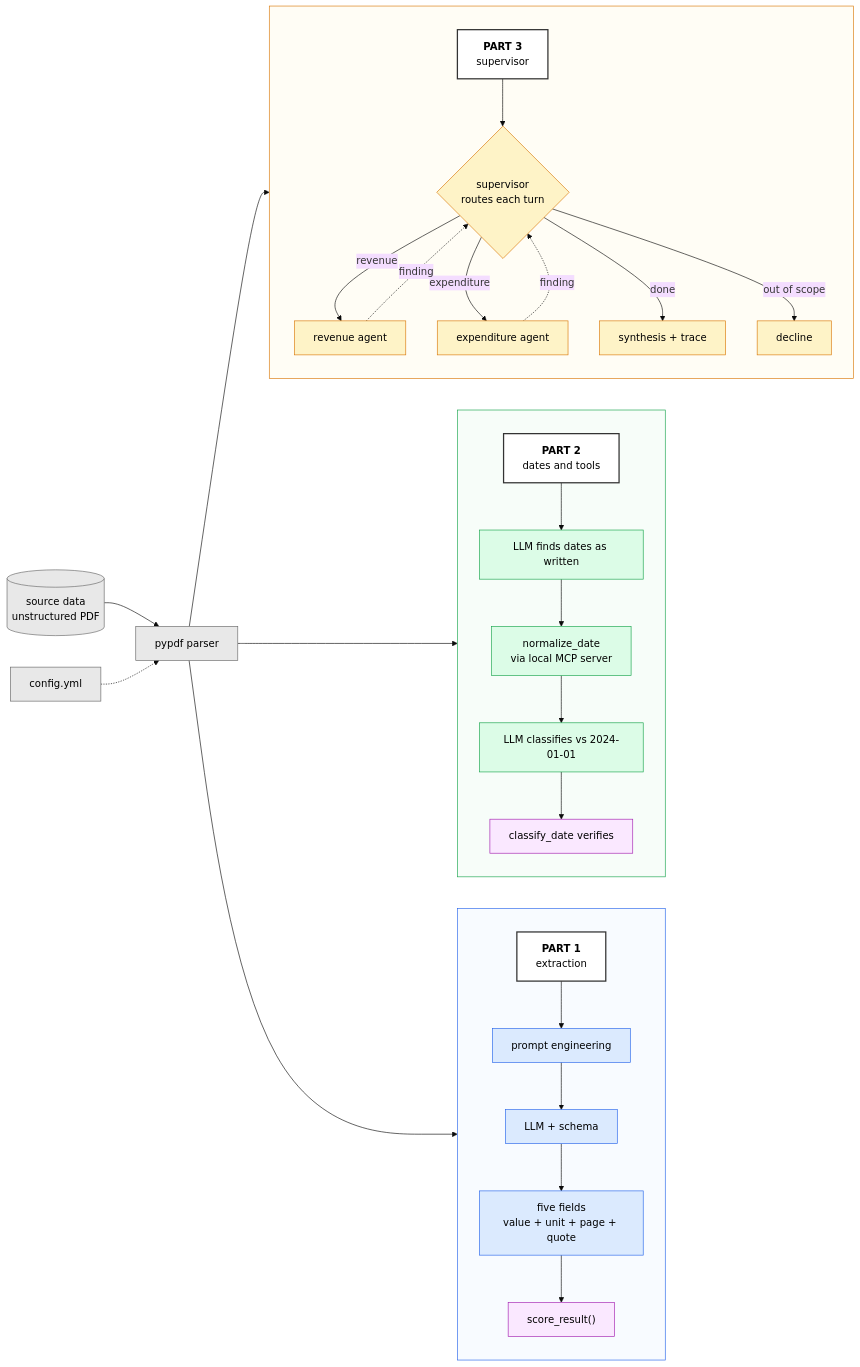
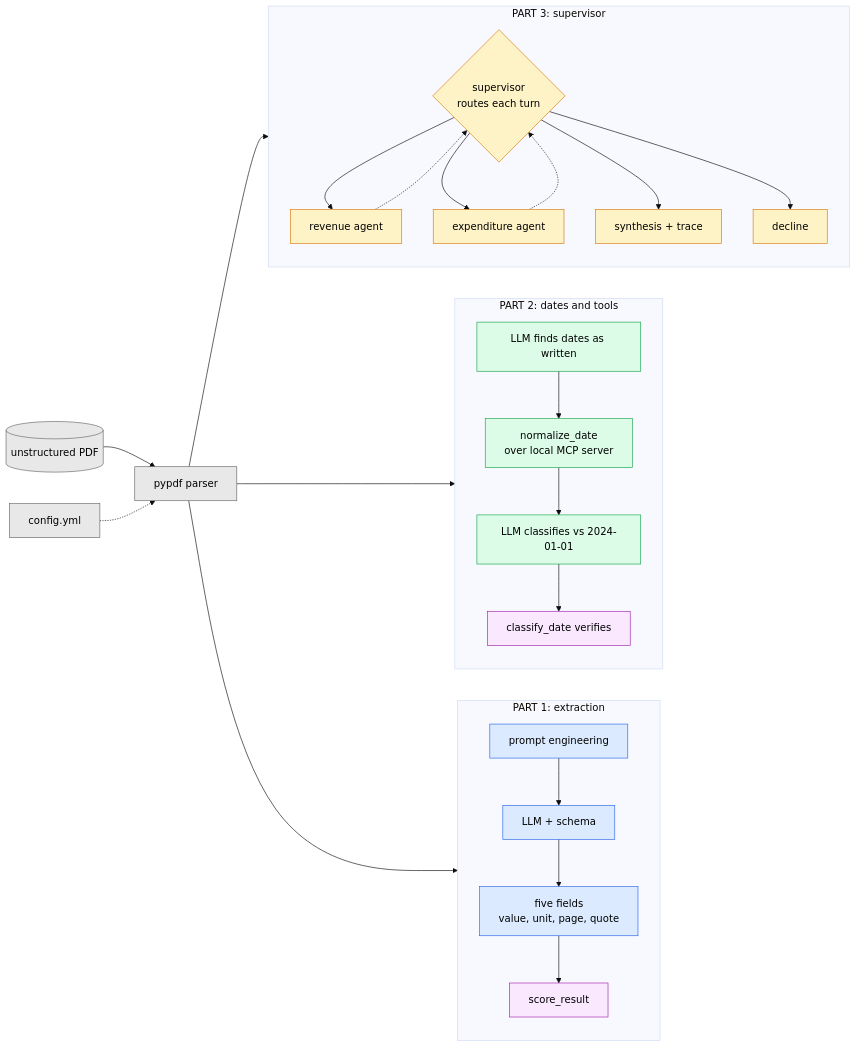
The diagram in README.md (thepetitegirl/structural-extanalyzer), drawn with Mermaid (base theme) before and after one commit. The commit also changed other lines of this file and 21 other files, not shown here.

Commit message:
feat: page resolution, routing fixes, and a labels check for Part 3

````diff
--- a/README.md
+++ b/README.md
@@ -12,58 +26,46 @@
 ```mermaid
 flowchart LR
-    PDF[("source data<br/>unstructured PDF")] --> PARSE["pypdf parser"]
+    PDF[("unstructured PDF")] --> PARSE["pypdf parser"]
+    CFG["config.yml"] -.-> PARSE
 
-    subgraph P1[" "]
+    subgraph PART1["PART 1: extraction"]
         direction TB
-        P1T["<b>PART 1</b><br/>extraction"]
-        P1T --> P1P["prompt engineering"]
-        P1P --> P1L["LLM + schema"]
-        P1L --> P1R["five fields<br/>value + unit + page + quote"]
-        P1R --> P1S["score_result()"]
+        P1P["prompt engineering"] --> P1L["LLM + schema"]
+        P1L --> P1R["five fields<br/>value, unit, page, quote"]
+        P1R --> P1S["score_result"]
     end
 
-    subgraph P2[" "]
+    subgraph PART2["PART 2: dates and tools"]
         direction TB
-        P2T["<b>PART 2</b><br/>dates and tools"]
-        P2T --> P2F["LLM finds dates as written"]
-        P2F --> P2N["normalize_date<br/>via local MCP server"]
+        P2F["LLM finds dates as written"] --> P2N["normalize_date<br/>over local MCP server"]
         P2N --> P2C["LLM classifies vs 2024-01-01"]
         P2C --> P2V["classify_date verifies"]
     end
 
-    subgraph P3[" "]
+    subgraph PART3["PART 3: supervisor"]
         direction TB
-        P3T["<b>PART 3</b><br/>supervisor"]
-        P3T --> P3S{"supervisor<br/>routes each turn"}
-        P3S -->|revenue| P3R["revenue agent"]
-        P3S -->|expenditure| P3E["expenditure agent"]
-        P3R -.->|finding| P3S
-        P3E -.->|finding| P3S
-        P3S -->|done| P3Y["synthesis + trace"]
-        P3S -->|out of scope| P3D["decline"]
+        P3S{"supervisor<br/>routes each turn"}
+        P3S --> P3R["revenue agent"]
+        P3S --> P3E["expenditure agent"]
+        P3R -.-> P3S
+        P3E -.-> P3S
+        P3S --> P3Y["synthesis + trace"]
+        P3S --> P3D["decline"]
     end
 
-    PARSE --> P1T
-    PARSE --> P2T
-    PARSE --> P3T
-
-    CFG["config.yml"] -.-> PARSE
+    PARSE --> P1P
+    PARSE --> P2F
+    PARSE --> P3S
 
     classDef shared fill:#e8e8e8,stroke:#666,color:#000
-    classDef title fill:#ffffff,stroke:#333,stroke-width:2px,color:#000
     classDef part1 fill:#dbeafe,stroke:#2563eb,color:#000
     classDef part2 fill:#dcfce7,stroke:#16a34a,color:#000
     classDef part3 fill:#fef3c7,stroke:#d97706,color:#000
     classDef check fill:#fae8ff,stroke:#a21caf,color:#000
 
     class PDF,PARSE,CFG shared
-    class P1T,P2T,P3T title
     class P1P,P1L,P1R part1
     class P2F,P2N,P2C part2
     class P3S,P3R,P3E,P3Y,P3D part3
     class P1S,P2V check
-
-    style P1 fill:#f8fbff,stroke:#2563eb
-    style P2 fill:#f7fdf9,stroke:#16a34a
-    style P3 fill:#fffdf5,stroke:#d97706
 ```
````
